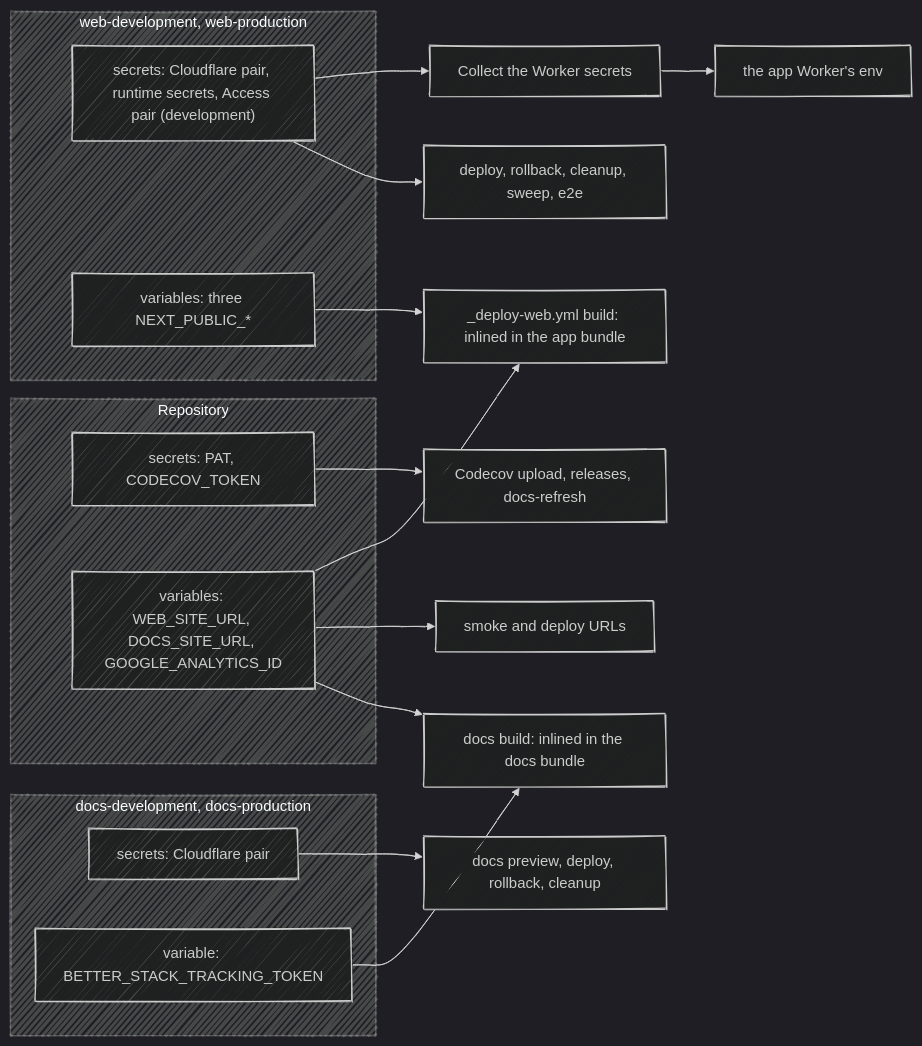
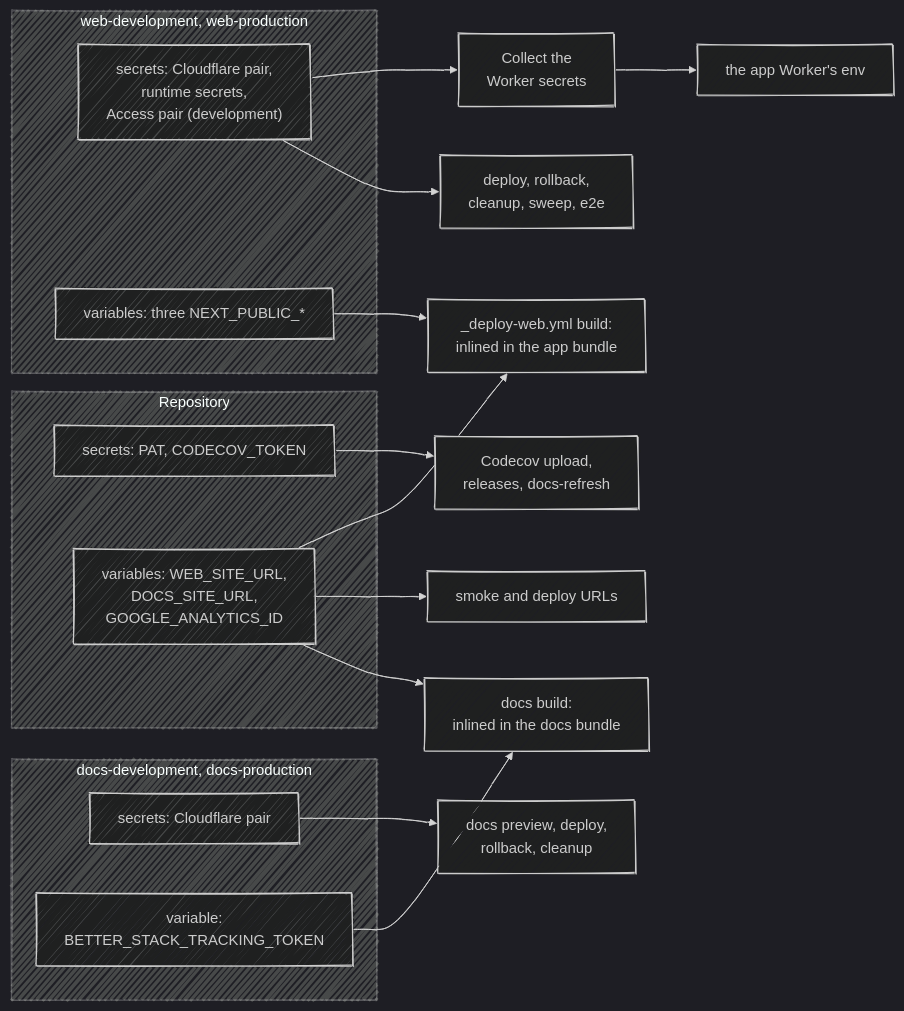
Before and after one commit to fbuireu/forever-pto: the diagram in apps/docs/src/content/docs/infra/secrets.mdx, drawn with Mermaid (dark theme). The commit also changed 26 other files, not shown here.

First line of the commit message:
docs(diagrams): fix split words, overlaps and oversized Mermaid diagrams

````diff
--- a/apps/docs/src/content/docs/infra/secrets.mdx
+++ b/apps/docs/src/content/docs/infra/secrets.mdx
@@ -19,27 +19,29 @@
 ```mermaid
 ---
 config:
   look: handDrawn
   layout: dagre
+  flowchart:
+    wrappingWidth: 280
 ---
 flowchart LR
   subgraph repo ["Repository"]
     RS["secrets: PAT, CODECOV_TOKEN"]
-    RV["variables: WEB_SITE_URL, DOCS_SITE_URL, GOOGLE_ANALYTICS_ID"]
+    RV["variables: WEB_SITE_URL,<br/>DOCS_SITE_URL,<br/>GOOGLE_ANALYTICS_ID"]
   end
   subgraph web ["web-development, web-production"]
-    WS["secrets: Cloudflare pair, runtime secrets, Access pair (development)"]
+    WS["secrets: Cloudflare pair,<br/>runtime secrets,<br/>Access pair (development)"]
     WV["variables: three NEXT_PUBLIC_*"]
   end
   subgraph docs ["docs-development, docs-production"]
     DS["secrets: Cloudflare pair"]
-    DV["variable: BETTER_STACK_TRACKING_TOKEN"]
+    DV["variable:<br/>BETTER_STACK_TRACKING_TOKEN"]
   end
-  WV & RV --> BUILD["_deploy-web.yml build: inlined in the app bundle"]
-  WS --> GUARD["Collect the Worker secrets"] --> WORKER["the app Worker's env"]
-  WS --> CFJOBS["deploy, rollback, cleanup, sweep, e2e"]
+  WV & RV --> BUILD["_deploy-web.yml build:<br/>inlined in the app bundle"]
+  WS --> GUARD["Collect the<br/>Worker secrets"] --> WORKER["the app Worker's env"]
+  WS --> CFJOBS["deploy, rollback,<br/>cleanup, sweep, e2e"]
   RV --> SMOKE["smoke and deploy URLs"]
-  DV & RV --> DBUILD["docs build: inlined in the docs bundle"]
-  DS --> DJOBS["docs preview, deploy, rollback, cleanup"]
-  RS --> CIJOBS["Codecov upload, releases, docs-refresh"]
+  DV & RV --> DBUILD["docs build:<br/>inlined in the docs bundle"]
+  DS --> DJOBS["docs preview, deploy,<br/>rollback, cleanup"]
+  RS --> CIJOBS["Codecov upload,<br/>releases, docs-refresh"]
 ```
````
